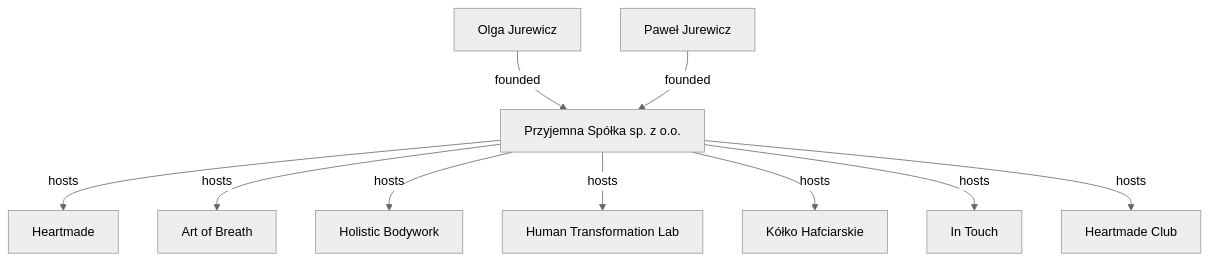
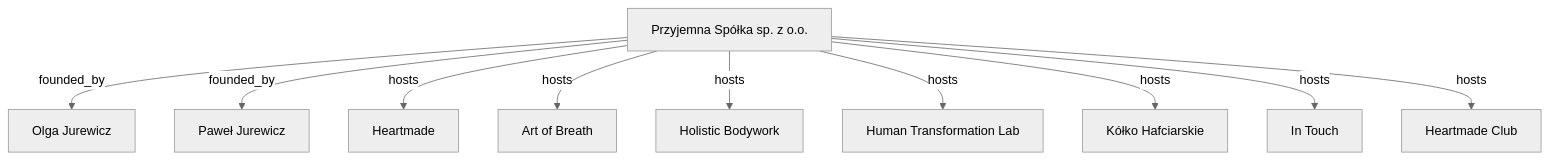
The diagram in README.md (pawel-jurewicz-heartmade/przyjemna-spolka), drawn with Mermaid (neutral theme) before and after one commit. The commit also changed other lines of this file and 4 other files, not shown here.

````diff
--- a/README.md
+++ b/README.md
@@ -15,23 +15,23 @@
 ```mermaid
 flowchart TD
     PrzyjemnaSpolka["Przyjemna Spółka sp. z o.o."]
     OlgaJurewicz["Olga Jurewicz"]
     PawelJurewicz["Paweł Jurewicz"]
     Heartmade["Heartmade"]
     ArtOfBreath["Art of Breath"]
     HolisticBodywork["Holistic Bodywork"]
     HumanTransformationLab["Human Transformation Lab"]
     KolkoHafciarskie["Kółko Hafciarskie"]
     InTouch["In Touch"]
     HeartmadeClub["Heartmade Club"]
 
-    OlgaJurewicz -->|"founded"| PrzyjemnaSpolka
-    PawelJurewicz -->|"founded"| PrzyjemnaSpolka
+    PrzyjemnaSpolka -->|"founded_by"| OlgaJurewicz
+    PrzyjemnaSpolka -->|"founded_by"| PawelJurewicz
     PrzyjemnaSpolka -->|"hosts"| Heartmade
     PrzyjemnaSpolka -->|"hosts"| ArtOfBreath
     PrzyjemnaSpolka -->|"hosts"| HolisticBodywork
     PrzyjemnaSpolka -->|"hosts"| HumanTransformationLab
     PrzyjemnaSpolka -->|"hosts"| KolkoHafciarskie
     PrzyjemnaSpolka -->|"hosts"| InTouch
     PrzyjemnaSpolka -->|"hosts"| HeartmadeClub
 ```
````
